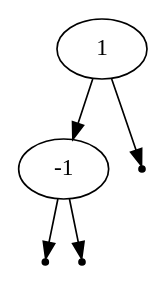
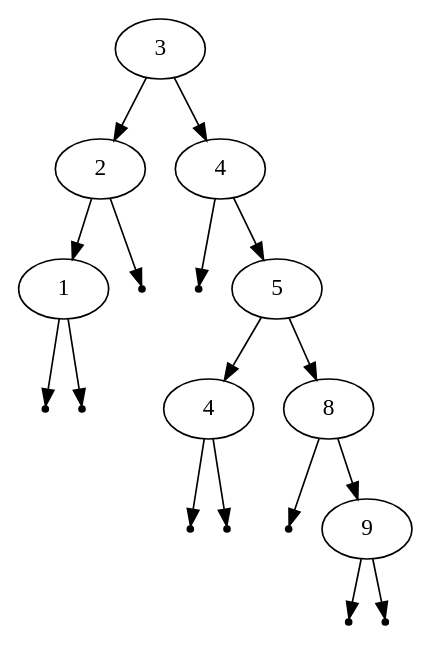
The diagram in graph.dot (aschey/cs260), drawn with Graphviz before and after one commit. The commit also changed 4 other files, not shown here.

```diff
--- a/graph.dot
+++ b/graph.dot
@@ -1,12 +1,36 @@
 digraph {
 graph [ordering="out"];
-Node0 [label=1];
-Node1 [label=-1];
+Node0 [label=3];
+Node1 [label=2];
 Node0 -> Node1;
+Node2 [label=4];
+Node0 -> Node2;
+Node3 [label=1];
+Node1 -> Node3;
 Null0 [shape=point]
-;Node0 -> Null0;
+;Node1 -> Null0;
 Null1 [shape=point]
-;Node1 -> Null1;
+;Node2 -> Null1;
+Node4 [label=5];
+Node2 -> Node4;
 Null2 [shape=point]
-;Node1 -> Null2;
+;Node3 -> Null2;
+Null3 [shape=point]
+;Node3 -> Null3;
+Node5 [label=4];
+Node4 -> Node5;
+Node6 [label=8];
+Node4 -> Node6;
+Null4 [shape=point]
+;Node5 -> Null4;
+Null5 [shape=point]
+;Node5 -> Null5;
+Null6 [shape=point]
+;Node6 -> Null6;
+Node7 [label=9];
+Node6 -> Node7;
+Null7 [shape=point]
+;Node7 -> Null7;
+Null8 [shape=point]
+;Node7 -> Null8;
 }
```
